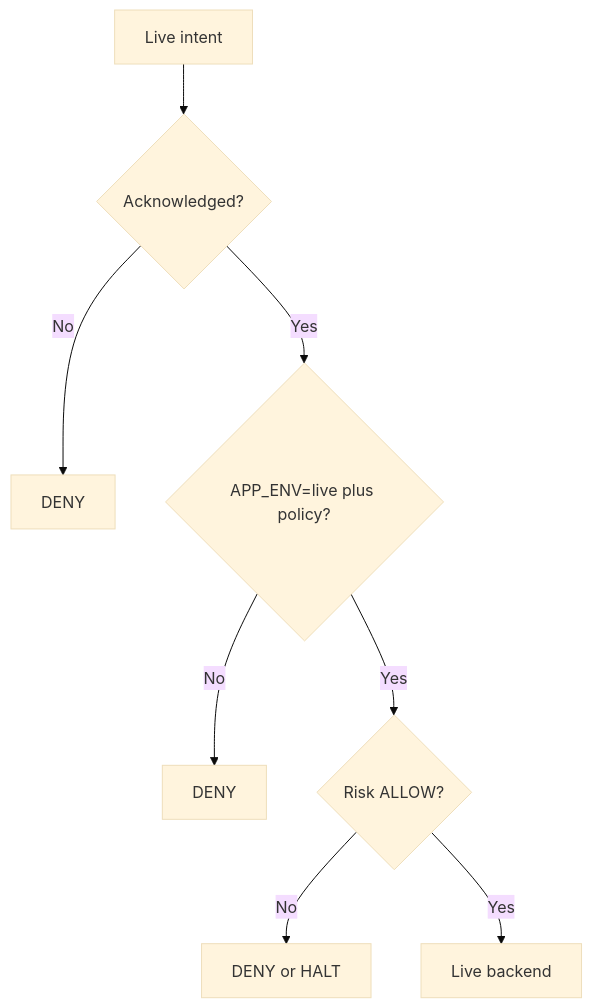
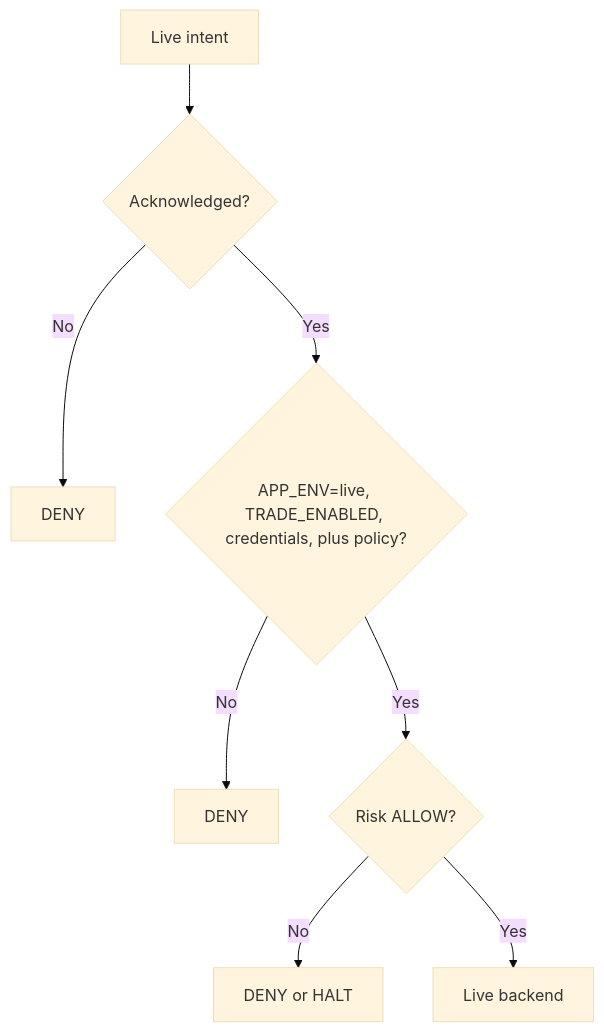
The second of 2 diagrams in README.md (D1ZZY4/indodax-mcp), drawn with Mermaid (base theme) before and after one commit. The commit also changed other lines of this file and 5 other files, not shown here.

````diff
--- a/README.md
+++ b/README.md
@@ -94,10 +94,10 @@
 ```mermaid
 flowchart TD
     Intent["Live intent"] --> Ack{"Acknowledged?"}
     Ack -->|"No"| Deny1["DENY"]
-    Ack -->|"Yes"| Policy{"APP_ENV=live plus policy?"}
+    Ack -->|"Yes"| Policy{"APP_ENV=live, TRADE_ENABLED, credentials, plus policy?"}
     Policy -->|"No"| Deny2["DENY"]
     Policy -->|"Yes"| Risk{"Risk ALLOW?"}
     Risk -->|"No"| Deny3["DENY or HALT"]
     Risk -->|"Yes"| LiveExec["Live backend"]
 ```
````
